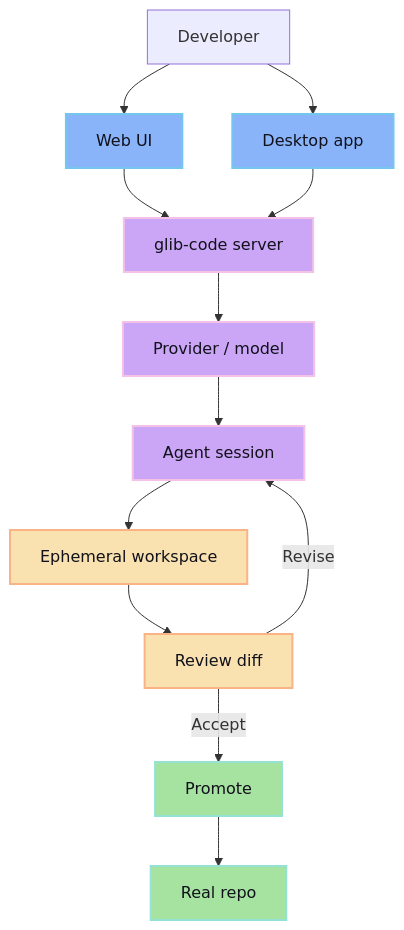
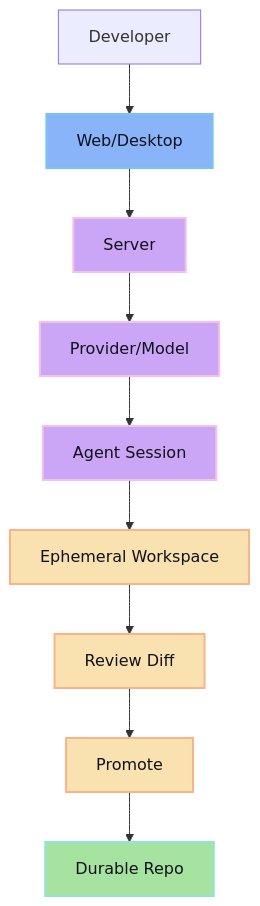
The diagram in src/content/docs/index.md (cloudboy-jh/glib-code-docs), drawn with Mermaid before and after one commit. The commit also changed other lines of this file and 18 other files, not shown here.

Commit message:
Rebuild docs IA and diagrams

````diff
--- a/src/content/docs/index.md
+++ b/src/content/docs/index.md
@@ -12,24 +12,21 @@
 ```mermaid
 flowchart TD
-  User["Developer"] --> Web["Web UI"]
-  User --> Desktop["Desktop app"]
-  Web --> Server["glib-code server"]
-  Desktop --> Server
-  Server --> Provider["Provider / model"]
-  Provider --> Session["Agent session"]
-  Session --> Ephemeral["Ephemeral workspace"]
-  Ephemeral --> Diff["Review diff"]
-  Diff -->|Accept| Promote["Promote"]
-  Diff -->|Revise| Session
-  Promote --> Durable["Real repo"]
+  Developer["Developer"] --> WebDesktop["Web/Desktop"]
+  WebDesktop --> Server["Server"]
+  Server --> ProviderModel["Provider/Model"]
+  ProviderModel --> Session["Agent Session"]
+  Session --> Ephemeral["Ephemeral Workspace"]
+  Ephemeral --> Review["Review Diff"]
+  Review --> Promote["Promote"]
+  Promote --> Durable["Durable Repo"]
 
   classDef surface fill:#89b4fa,stroke:#74c7ec,color:#11111b,stroke-width:2px
   classDef core fill:#cba6f7,stroke:#f5c2e7,color:#11111b,stroke-width:2px
-  classDef work fill:#f9e2af,stroke:#fab387,color:#11111b,stroke-width:2px
-  classDef safe fill:#a6e3a1,stroke:#94e2d5,color:#11111b,stroke-width:2px
+  classDef review fill:#f9e2af,stroke:#fab387,color:#11111b,stroke-width:2px
+  classDef durable fill:#a6e3a1,stroke:#94e2d5,color:#11111b,stroke-width:2px
 
-  class Web,Desktop surface
-  class Server,Provider,Session core
-  class Ephemeral,Diff work
-  class Promote,Durable safe
+  class WebDesktop surface
+  class Server,ProviderModel,Session core
+  class Ephemeral,Review,Promote review
+  class Durable durable
 ```
````
